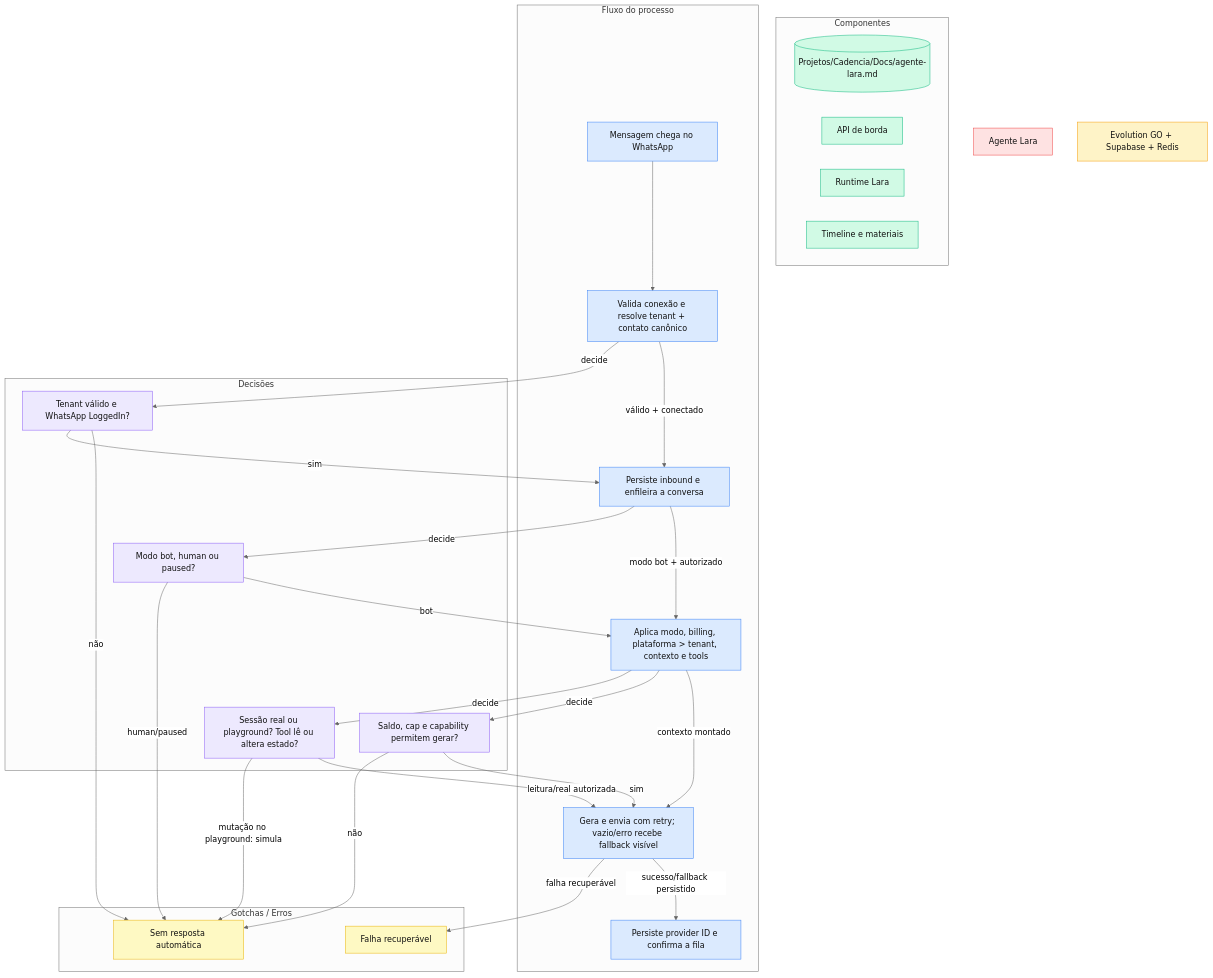
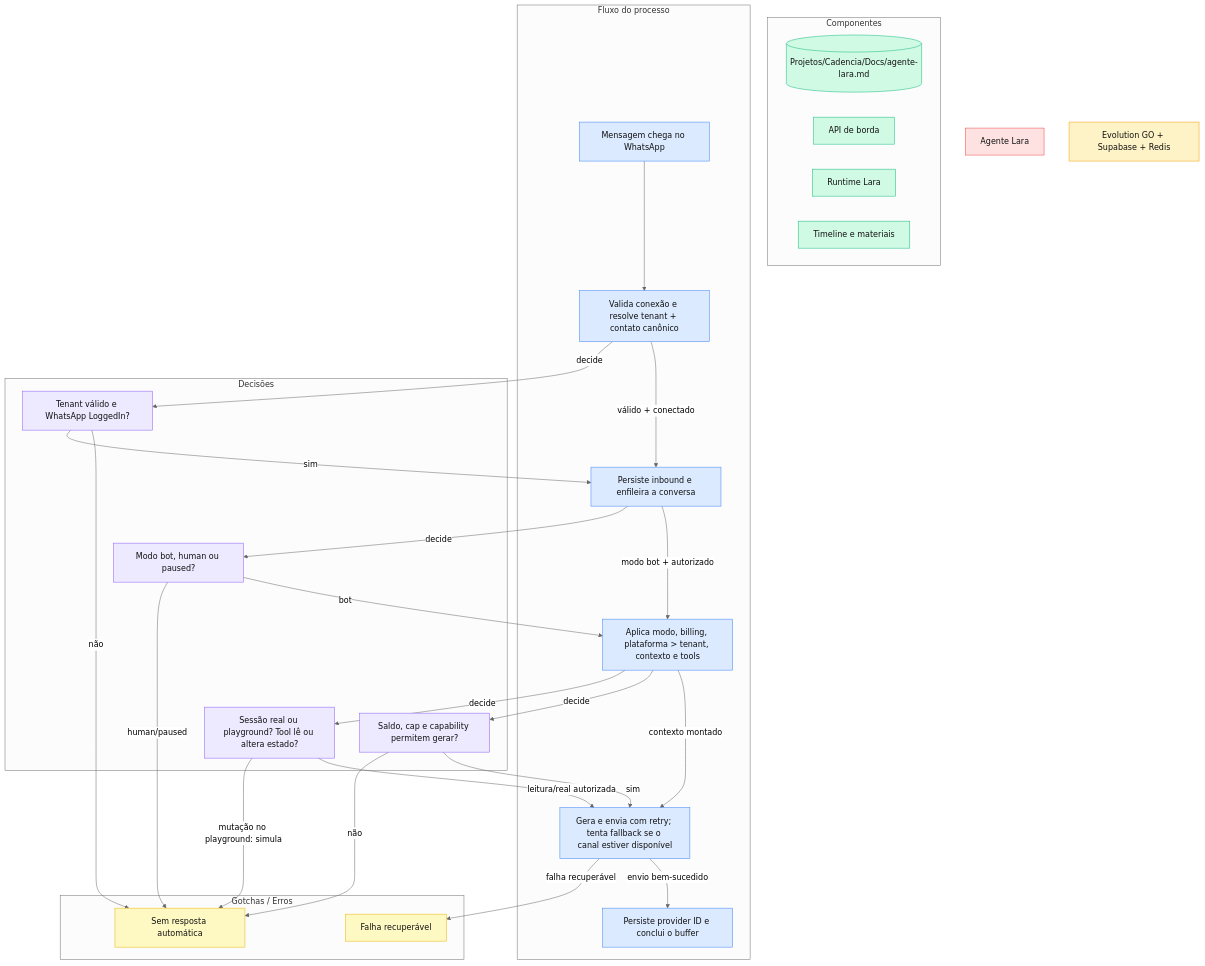
Before and after one commit to Posicionamento-Digital/cadencia-docs: the diagram in docs/cadencia-app/agente-lara.md, drawn with Mermaid (neutral theme). The commit also changed other lines of this file and 1 other file, not shown here.

````diff
--- a/docs/cadencia-app/agente-lara.md
+++ b/docs/cadencia-app/agente-lara.md
@@ -32,66 +32,66 @@
 ```mermaid
 flowchart TD
     classDef component fill:#D1FAE5,stroke:#10B981,color:#111
     classDef flow fill:#DBEAFE,stroke:#3B82F6,color:#111
     classDef decision fill:#EDE9FE,stroke:#8B5CF6,color:#111
     classDef core fill:#FEE2E2,stroke:#EF4444,color:#111
     classDef external fill:#FEF3C7,stroke:#F59E0B,color:#111
     classDef warning fill:#FEF9C3,stroke:#EAB308,color:#111
 
     subgraph SG_component["Componentes"]
         panel[("Projetos/Cadencia/Docs/agente-lara.md")]
         api["API de borda"]
         runtime["Runtime Lara"]
         timeline["Timeline e materiais"]
     end
     class panel,api,runtime,timeline component
 
     subgraph SG_flow["Fluxo do processo"]
         inbound["Mensagem chega no WhatsApp"]
         resolve["Valida conexão e resolve tenant + contato canônico"]
         persist["Persiste inbound e enfileira a conversa"]
         reason["Aplica modo, billing, plataforma > tenant, contexto e tools"]
-        send["Gera e envia com retry; vazio/erro recebe fallback visível"]
-        finish["Persiste provider ID e confirma a fila"]
+        send["Gera e envia com retry; tenta fallback se o canal estiver disponível"]
+        finish["Persiste provider ID e conclui o buffer"]
     end
     class inbound,resolve,persist,reason,send,finish flow
 
     subgraph SG_decision["Decisões"]
         connected["Tenant válido e WhatsApp LoggedIn?"]
         mode["Modo bot, human ou paused?"]
         limit["Saldo, cap e capability permitem gerar?"]
         tool["Sessão real ou playground? Tool lê ou altera estado?"]
     end
     class connected,mode,limit,tool decision
 
         title["Agente Lara"]
     class title core
 
         evolution["Evolution GO + Supabase + Redis"]
     class evolution external
 
     subgraph SG_warning["Gotchas / Erros"]
         stop["Sem resposta automática"]
         recover["Falha recuperável"]
     end
     class stop,recover warning
 
     inbound --> resolve
     resolve -->|"válido + conectado"| persist
     persist -->|"modo bot + autorizado"| reason
     reason -->|"contexto montado"| send
-    send -->|"sucesso/fallback persistido"| finish
+    send -->|"envio bem-sucedido"| finish
     resolve -->|"decide"| connected
     connected -->|"não"| stop
     connected -->|"sim"| persist
     persist -->|"decide"| mode
     mode -->|"bot"| reason
     mode -->|"human/paused"| stop
     reason -->|"decide"| limit
     limit -->|"sim"| send
     limit -->|"não"| stop
     reason -->|"decide"| tool
     tool -->|"leitura/real autorizada"| send
     tool -->|"mutação no playground: simula"| stop
     send -->|"falha recuperável"| recover
 ```
````
